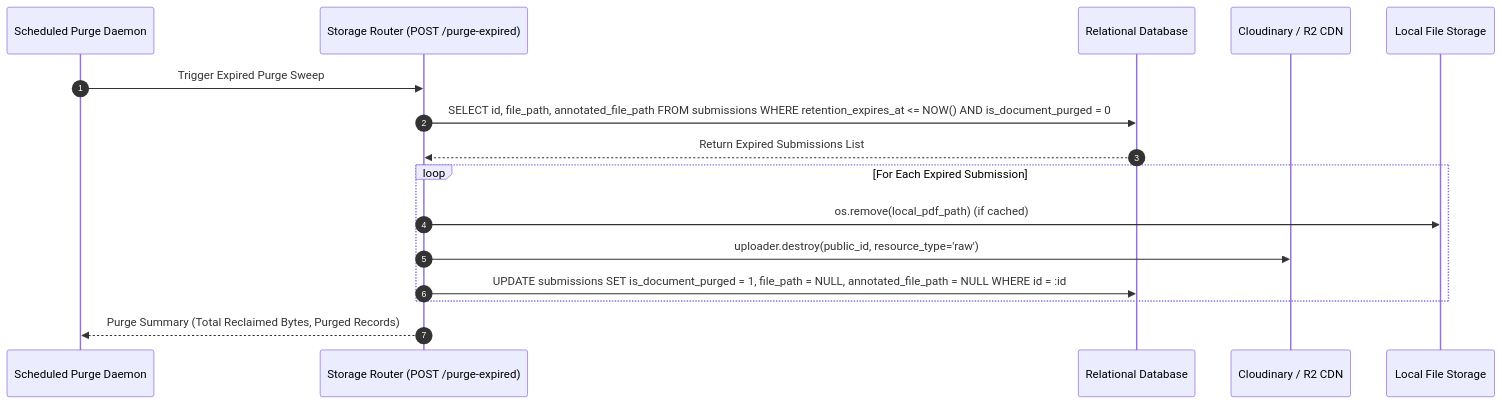
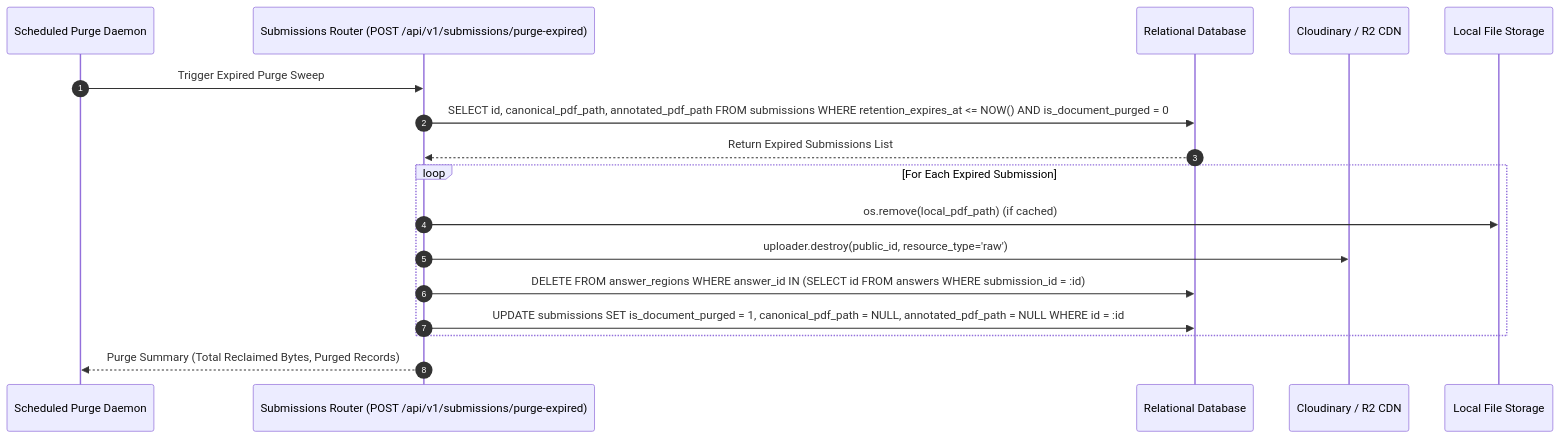
Diagram 14 of 14 in README.md (T4RuN05/papergrade.ai), drawn with Mermaid before and after one commit. The commit also changed other lines of this file, not shown here.

Commit message:
docs: reconcile all architectural contradictions across models, schemas, routers, and storage

````diff
--- a/README.md
+++ b/README.md
@@ -1612,19 +1741,20 @@
 ```mermaid
 sequenceDiagram
     autonumber
     participant Cron as Scheduled Purge Daemon
-    participant API as Storage Router (POST /purge-expired)
+    participant API as Submissions Router (POST /api/v1/submissions/purge-expired)
     participant DB as Relational Database
     participant CDN as Cloudinary / R2 CDN
     participant Disk as Local File Storage
 
     Cron->>API: Trigger Expired Purge Sweep
-    API->>DB: SELECT id, file_path, annotated_file_path FROM submissions WHERE retention_expires_at <= NOW() AND is_document_purged = 0
+    API->>DB: SELECT id, canonical_pdf_path, annotated_pdf_path FROM submissions WHERE retention_expires_at <= NOW() AND is_document_purged = 0
     DB-->>API: Return Expired Submissions List
     loop For Each Expired Submission
         API->>Disk: os.remove(local_pdf_path) (if cached)
         API->>CDN: uploader.destroy(public_id, resource_type='raw')
-        API->>DB: UPDATE submissions SET is_document_purged = 1, file_path = NULL, annotated_file_path = NULL WHERE id = :id
+        API->>DB: DELETE FROM answer_regions WHERE answer_id IN (SELECT id FROM answers WHERE submission_id = :id)
+        API->>DB: UPDATE submissions SET is_document_purged = 1, canonical_pdf_path = NULL, annotated_pdf_path = NULL WHERE id = :id
     end
     API-->>Cron: Purge Summary (Total Reclaimed Bytes, Purged Records)
 ```
````
